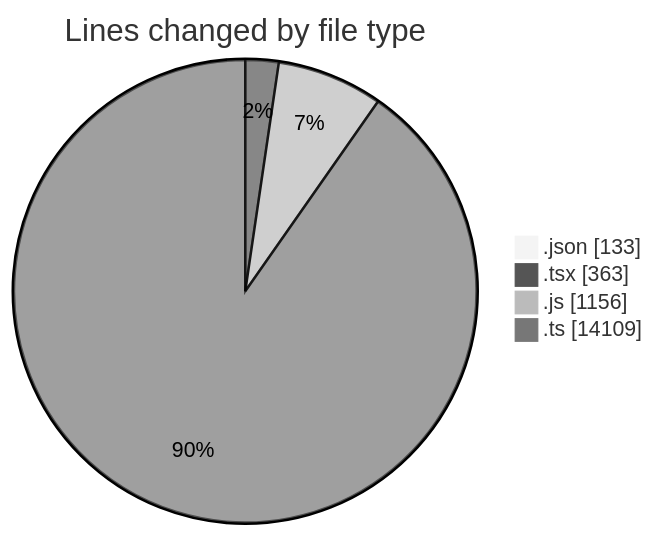
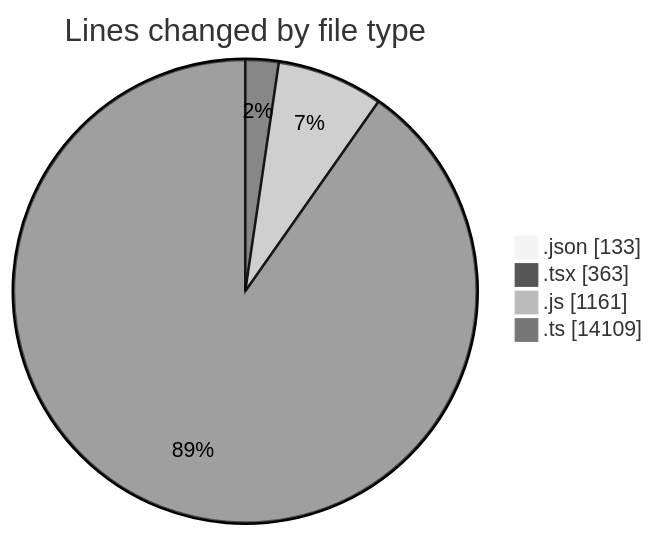
The first of 2 diagrams in 2026-01-14/cda/README.md (momahboobian/code-tracking), drawn with Mermaid (neutral theme) before and after one commit. The commit also changed other lines of this file and 1 other file, not shown here.

````diff
--- a/2026-01-14/cda/README.md
+++ b/2026-01-14/cda/README.md
@@ -30,8 +30,8 @@
 ```mermaid
 pie showData
 title Lines changed by file type
 ".json" : 133
 ".tsx" : 363
-".js" : 1156
+".js" : 1161
 ".ts" : 14109
 ```
````
